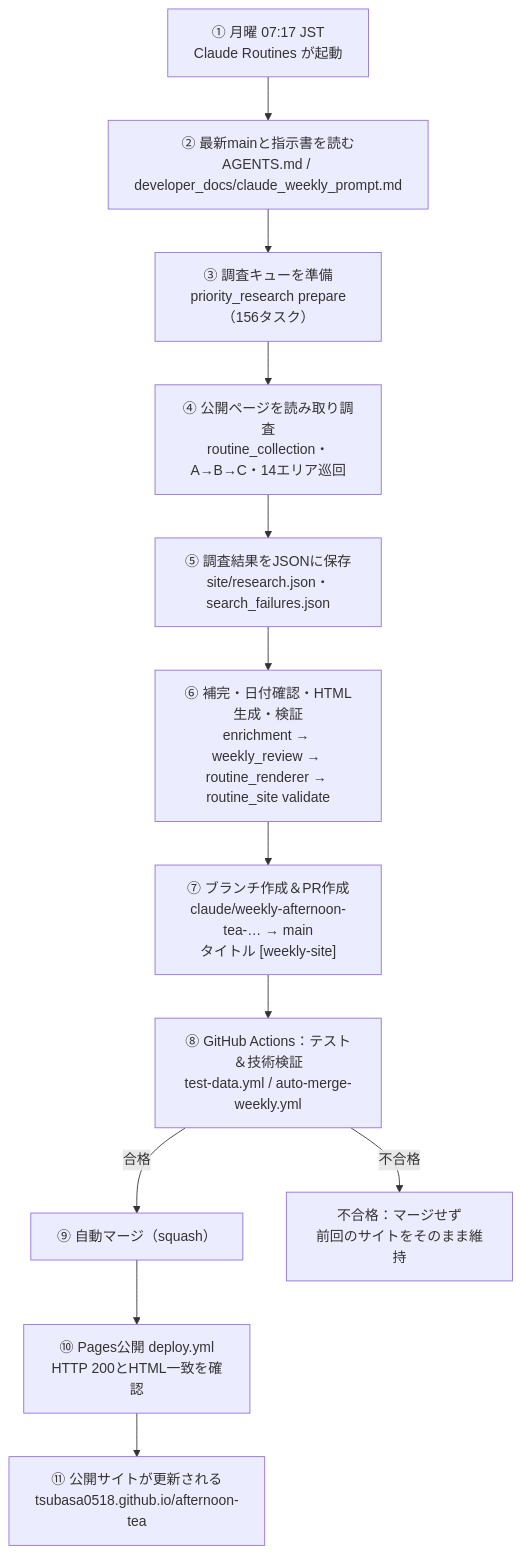
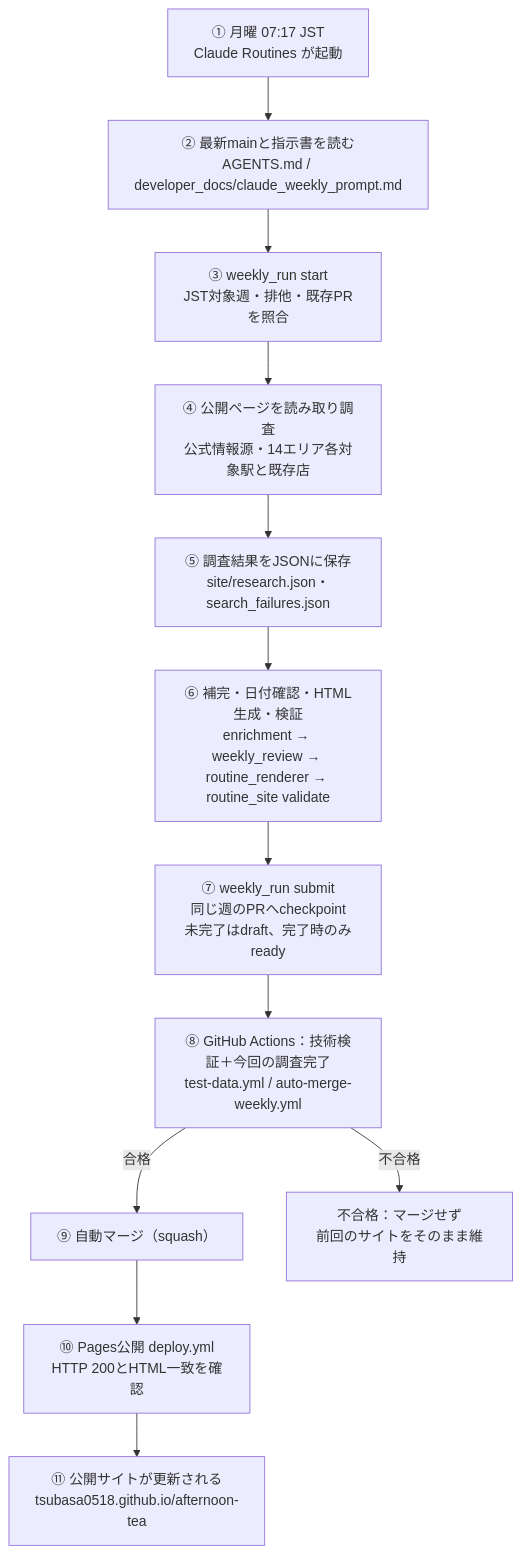
Before and after one commit to tsubasa0518/afternoon-tea: the diagram in README.md, drawn with Mermaid. The commit also changed other lines of this file and 22 other files, not shown here.

Commit message:
Unify weekly Routine with durable coordination and research completion gates

````diff
--- a/README.md
+++ b/README.md
@@ -72,19 +72,19 @@
 ```mermaid
 flowchart TD
   S1["① 月曜 07:17 JST<br/>Claude Routines が起動"]
   S2["② 最新mainと指示書を読む<br/>AGENTS.md / developer_docs/claude_weekly_prompt.md"]
-  S3["③ 調査キューを準備<br/>priority_research prepare（156タスク）"]
-  S4["④ 公開ページを読み取り調査<br/>routine_collection・A→B→C・14エリア巡回"]
+  S3["③ weekly_run start<br/>JST対象週・排他・既存PRを照合"]
+  S4["④ 公開ページを読み取り調査<br/>公式情報源・14エリア各対象駅と既存店"]
   S5["⑤ 調査結果をJSONに保存<br/>site/research.json・search_failures.json"]
   S6["⑥ 補完・日付確認・HTML生成・検証<br/>enrichment → weekly_review → routine_renderer → routine_site validate"]
-  S7["⑦ ブランチ作成＆PR作成<br/>claude/weekly-afternoon-tea-… → main<br/>タイトル [weekly-site]"]
-  S8["⑧ GitHub Actions：テスト＆技術検証<br/>test-data.yml / auto-merge-weekly.yml"]
+  S7["⑦ weekly_run submit<br/>同じ週のPRへcheckpoint<br/>未完了はdraft、完了時のみready"]
+  S8["⑧ GitHub Actions：技術検証＋今回の調査完了<br/>test-data.yml / auto-merge-weekly.yml"]
   S9["⑨ 自動マージ（squash）"]
   S10["⑩ Pages公開 deploy.yml<br/>HTTP 200とHTML一致を確認"]
   S11["⑪ 公開サイトが更新される<br/>tsubasa0518.github.io/afternoon-tea"]
   NG["不合格：マージせず<br/>前回のサイトをそのまま維持"]
 
   S1 --> S2 --> S3 --> S4 --> S5 --> S6 --> S7 --> S8
   S8 -->|合格| S9 --> S10 --> S11
   S8 -->|不合格| NG
 ```
````
